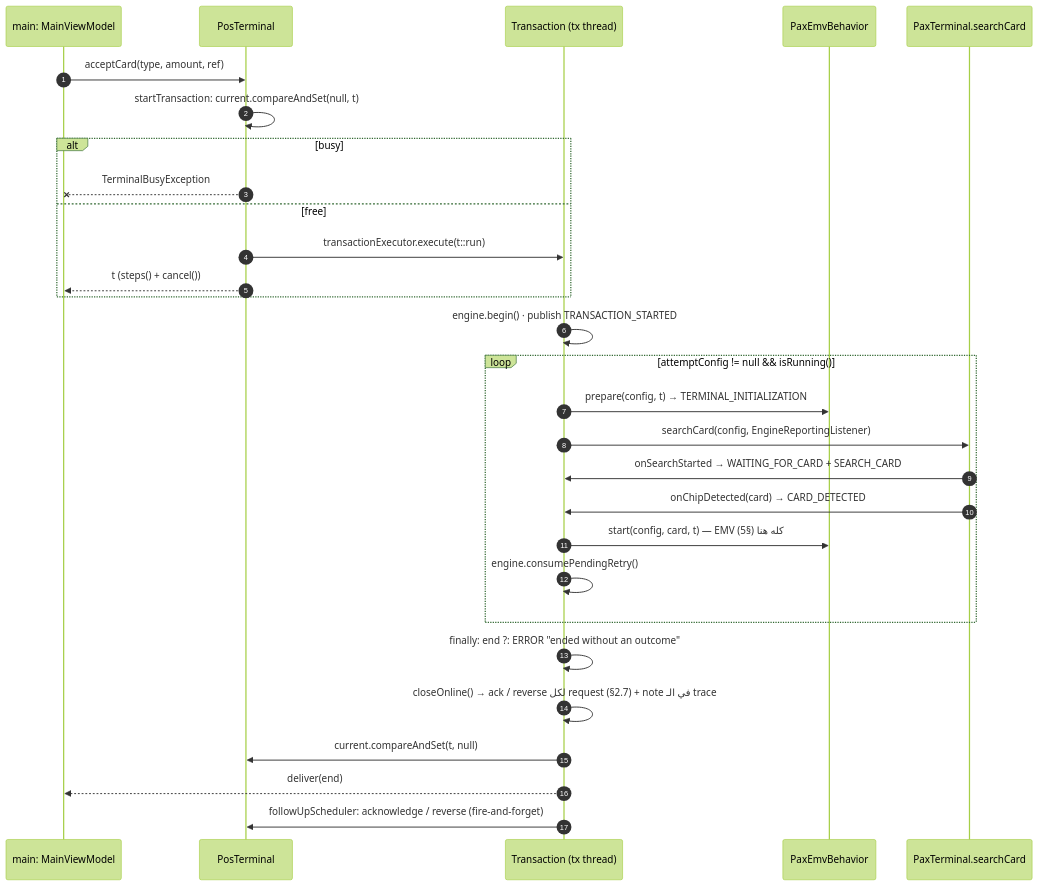
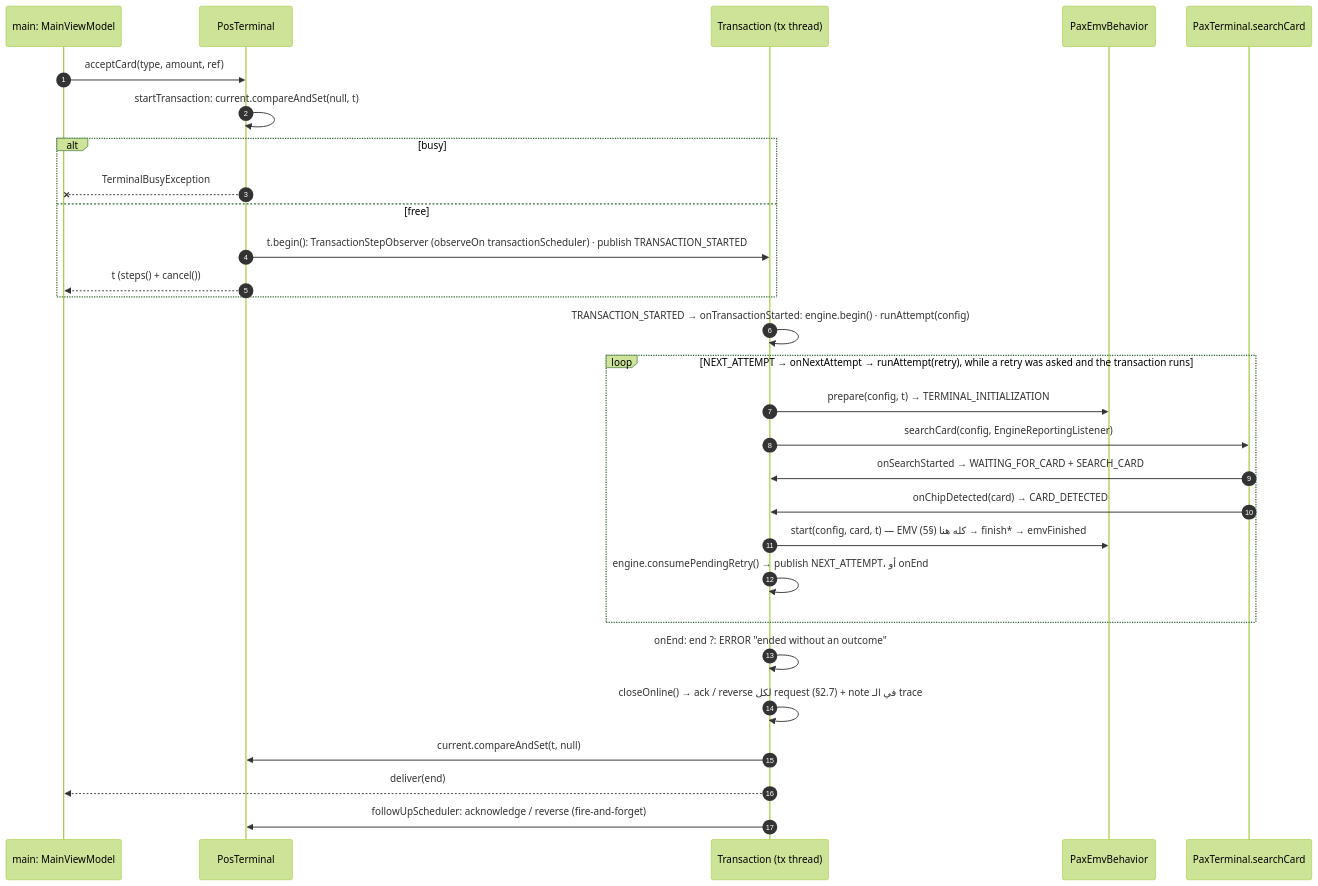
One commit to berothomas33/esaylinkrefactor changed the second of 9 diagrams in doc/REFERENCE.md. Above: the diagram before and after it, drawn with Mermaid (forest theme). The commit also changed other lines of this file and 3 other files, not shown here.

````diff
--- a/doc/REFERENCE.md
+++ b/doc/REFERENCE.md
@@ -291,31 +290,31 @@
 ```mermaid
 sequenceDiagram
   autonumber
   participant UI as main: MainViewModel
   participant PT as PosTerminal
   participant TX as Transaction (tx thread)
   participant BH as PaxEmvBehavior
   participant PTM as PaxTerminal.searchCard
   UI->>PT: acceptCard(type, amount, ref)
   PT->>PT: startTransaction: current.compareAndSet(null, t)
   alt busy
     PT--xUI: TerminalBusyException
   else free
-    PT->>TX: transactionExecutor.execute(t::run)
+    PT->>TX: t.begin(): TransactionStepObserver (observeOn transactionScheduler) · publish TRANSACTION_STARTED
     PT-->>UI: t (steps() + cancel())
   end
-  TX->>TX: engine.begin() · publish TRANSACTION_STARTED
-  loop attemptConfig != null && isRunning()
+  TX->>TX: TRANSACTION_STARTED → onTransactionStarted: engine.begin() · runAttempt(config)
+  loop NEXT_ATTEMPT → onNextAttempt → runAttempt(retry), while a retry was asked and the transaction runs
     TX->>BH: prepare(config, t) → TERMINAL_INITIALIZATION
     TX->>PTM: searchCard(config, EngineReportingListener)
     PTM->>TX: onSearchStarted → WAITING_FOR_CARD + SEARCH_CARD
     PTM->>TX: onChipDetected(card) → CARD_DETECTED
-    TX->>BH: start(config, card, t) — EMV كله هنا (§5)
-    TX->>TX: engine.consumePendingRetry()
+    TX->>BH: start(config, card, t) — EMV كله هنا (§5) → finish* → emvFinished
+    TX->>TX: engine.consumePendingRetry() → publish NEXT_ATTEMPT، أو onEnd
   end
-  TX->>TX: finally: end ?: ERROR "ended without an outcome"
+  TX->>TX: onEnd: end ?: ERROR "ended without an outcome"
   TX->>TX: closeOnline() → ack / reverse لكل request (§2.7) + note في الـ trace
   TX->>PT: current.compareAndSet(t, null)
   TX-->>UI: deliver(end)
   TX->>PT: followUpScheduler: acknowledge / reverse (fire-and-forget)
 ```
````
